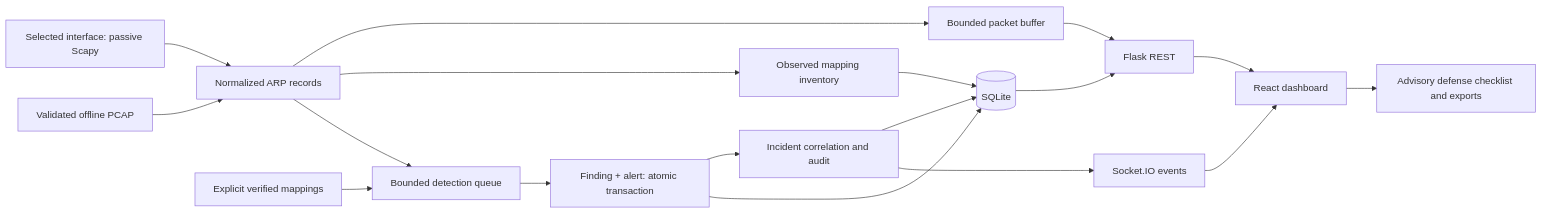
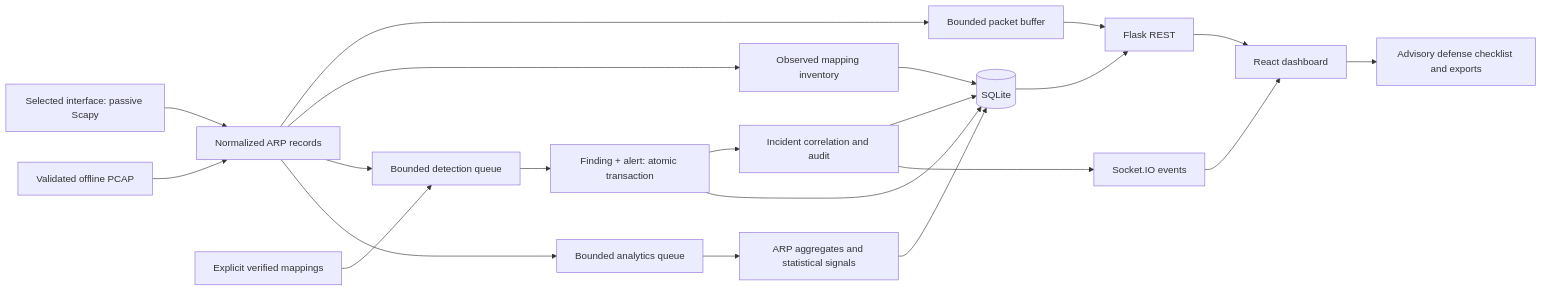
One commit to Abhay18570/NetGuard changed the diagram in PROJECT_OVERVIEW.md. Above: the diagram before and after it, drawn with Mermaid. The commit also changed other lines of this file and 18 other files, not shown here.

````diff
--- a/PROJECT_OVERVIEW.md
+++ b/PROJECT_OVERVIEW.md
@@ -9,20 +9,23 @@
 ```mermaid
 flowchart LR
   A[Selected interface: passive Scapy] --> C[Normalized ARP records]
   B[Validated offline PCAP] --> C
   C --> D[Bounded packet buffer]
   C --> E[Observed mapping inventory]
   C --> F[Bounded detection queue]
+  C --> P[Bounded analytics queue]
+  P --> Q[ARP aggregates and statistical signals]
   F --> G[Finding + alert: atomic transaction]
   G --> H[Incident correlation and audit]
   I[Explicit verified mappings] --> F
   E --> J[(SQLite)]
   G --> J
   H --> J
   J --> K[Flask REST]
+  Q --> J
   D --> K
   K --> L[React dashboard]
   H --> M[Socket.IO events]
   M --> L
   L --> N[Advisory defense checklist and exports]
 ```
````
